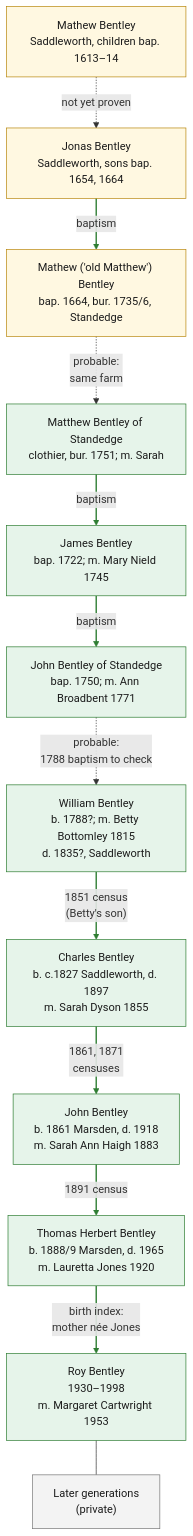
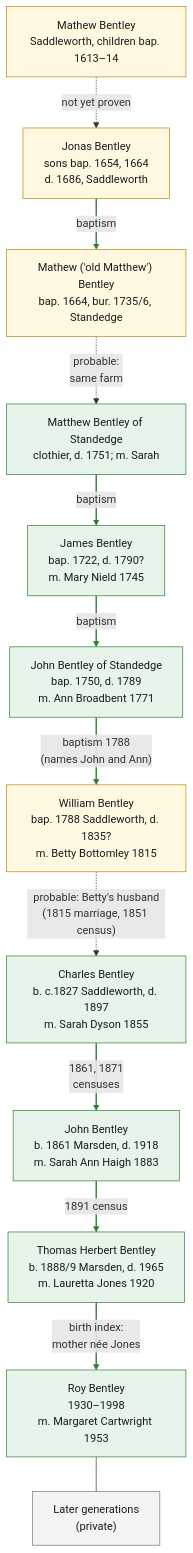
Before and after one commit to OPISGUY/Bentley-Family-History: the diagram in family-tree.md, drawn with Mermaid. The commit also changed other lines of this file and 4 other files, not shown here.

First line of the commit message:
Find William Bentley's 1788 baptism and trace the Saddleworth line

````diff
--- a/family-tree.md
+++ b/family-tree.md
@@ -17,33 +18,33 @@
 ```mermaid
 flowchart TD
     classDef found fill:#e6f4ea,stroke:#2e7d32,color:#1b1b1b
     classDef probable fill:#fff8e1,stroke:#b8860b,color:#1b1b1b
     classDef gap fill:#f3f3f3,stroke:#777777,color:#1b1b1b
 
     A1["Mathew Bentley<br/>Saddleworth, children bap. 1613–14"]:::probable
-    A2["Jonas Bentley<br/>Saddleworth, sons bap. 1654, 1664"]:::probable
+    A2["Jonas Bentley<br/>sons bap. 1654, 1664<br/>d. 1686, Saddleworth"]:::probable
     A3["Mathew ('old Matthew') Bentley<br/>bap. 1664, bur. 1735/6, Standedge"]:::probable
-    A4["Matthew Bentley of Standedge<br/>clothier, bur. 1751; m. Sarah"]:::found
-    A5["James Bentley<br/>bap. 1722; m. Mary Nield 1745"]:::found
-    A6["John Bentley of Standedge<br/>bap. 1750; m. Ann Broadbent 1771"]:::found
-    B1["William Bentley<br/>b. 1788?; m. Betty Bottomley 1815<br/>d. 1835?, Saddleworth"]:::found
+    A4["Matthew Bentley of Standedge<br/>clothier, d. 1751; m. Sarah"]:::found
+    A5["James Bentley<br/>bap. 1722, d. 1790?<br/>m. Mary Nield 1745"]:::found
+    A6["John Bentley of Standedge<br/>bap. 1750, d. 1789<br/>m. Ann Broadbent 1771"]:::found
+    B1["William Bentley<br/>bap. 1788 Saddleworth, d. 1835?<br/>m. Betty Bottomley 1815"]:::probable
     B2["Charles Bentley<br/>b. c.1827 Saddleworth, d. 1897<br/>m. Sarah Dyson 1855"]:::found
     B3["John Bentley<br/>b. 1861 Marsden, d. 1918<br/>m. Sarah Ann Haigh 1883"]:::found
     B4["Thomas Herbert Bentley<br/>b. 1888/9 Marsden, d. 1965<br/>m. Lauretta Jones 1920"]:::found
     B5["Roy Bentley<br/>1930–1998<br/>m. Margaret Cartwright 1953"]:::found
     P["Later generations<br/>(private)"]:::gap
 
     A1 -.->|not yet proven| A2
     A2 -->|baptism| A3
     A3 -.->|"probable:<br/>same farm"| A4
     A4 -->|baptism| A5
     A5 -->|baptism| A6
-    A6 -.->|"probable:<br/>1788 baptism to check"| B1
-    B1 -->|"1851 census<br/>(Betty's son)"| B2
+    A6 -->|"baptism 1788<br/>(names John and Ann)"| B1
+    B1 -.->|"probable: Betty's husband<br/>(1815 marriage, 1851 census)"| B2
     B2 -->|"1861, 1871<br/>censuses"| B3
     B3 -->|"1891 census"| B4
     B4 -->|"birth index:<br/>mother née Jones"| B5
     B5 --- P
 
-    linkStyle 1,3,4,6,7,8,9 stroke:#2e7d32,stroke-width:2px
+    linkStyle 1,3,4,5,7,8,9 stroke:#2e7d32,stroke-width:2px
 ```
````
